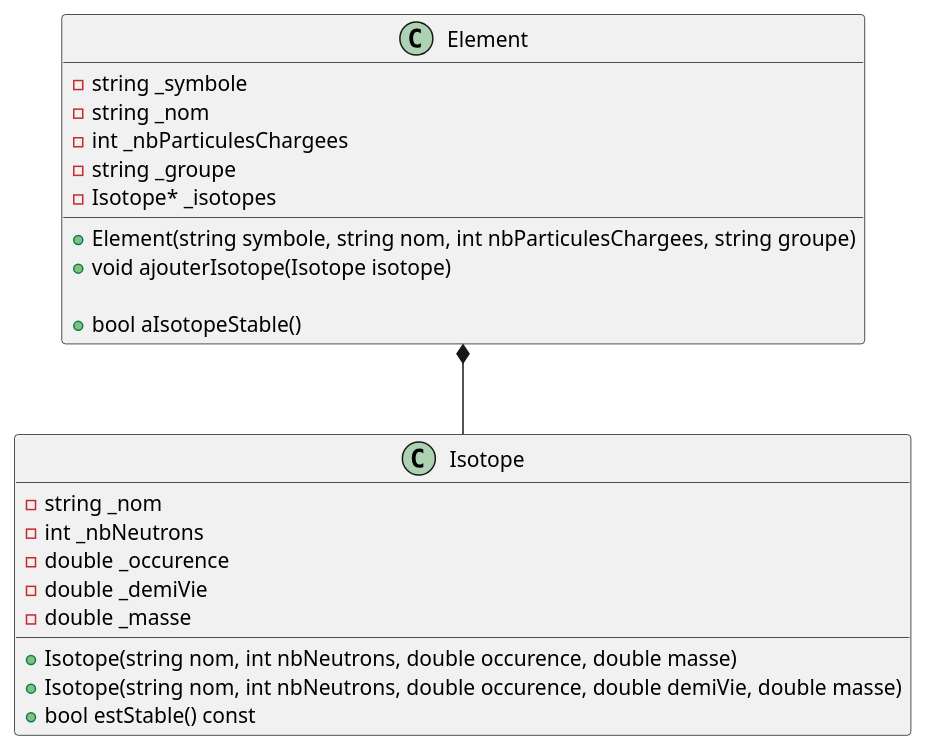
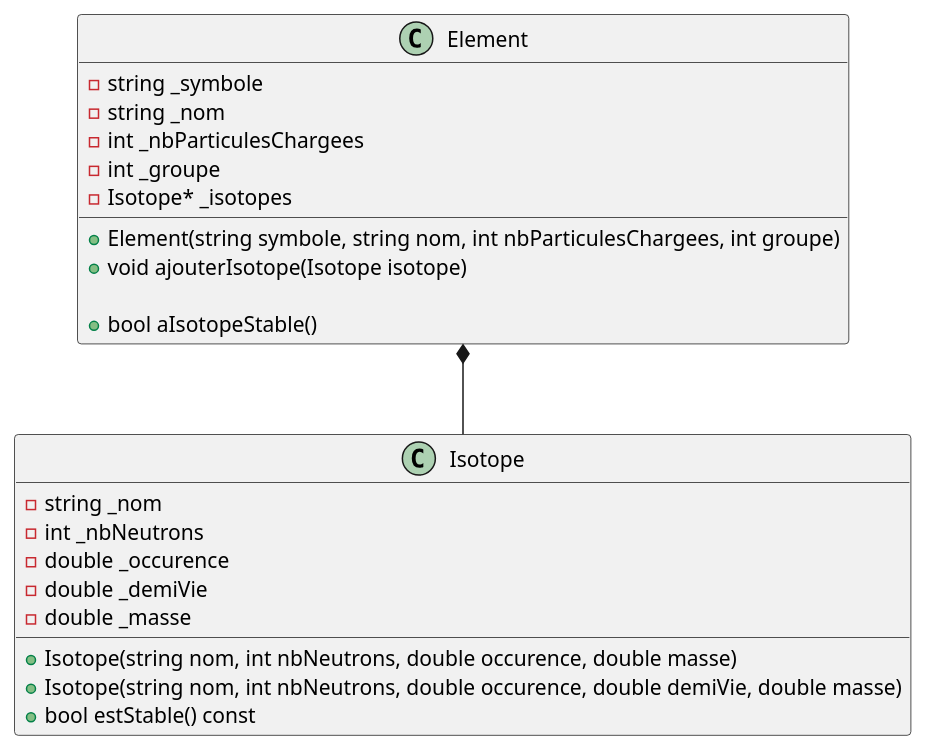
One commit to plbrault/420-SF2-RE changed the second of 2 diagrams in laboratoires/lab03-poo2/consignes/lab03.md. Above: the diagram before and after it, drawn with PlantUML. The commit also changed 3 other files, not shown here.

````diff
--- a/laboratoires/lab03-poo2/consignes/lab03.md
+++ b/laboratoires/lab03-poo2/consignes/lab03.md
@@ -654,32 +654,32 @@
 ```plantuml
 @startuml
 
 class Element {
     - string _symbole
     - string _nom
     - int _nbParticulesChargees
-    - string _groupe
+    - int _groupe
     - Isotope* _isotopes
 
-    + Element(string symbole, string nom, int nbParticulesChargees, string groupe)
+    + Element(string symbole, string nom, int nbParticulesChargees, int groupe)
     + void ajouterIsotope(Isotope isotope)
 
     + bool aIsotopeStable()
 }
 
 class Isotope {
     - string _nom
     - int _nbNeutrons
     - double _occurence
     - double _demiVie
     - double _masse
 
     + Isotope(string nom, int nbNeutrons, double occurence, double masse)
     + Isotope(string nom, int nbNeutrons, double occurence, double demiVie, double masse)
     + bool estStable() const
 }
 
 Element *-- Isotope
 
 @enduml
 ```
````
